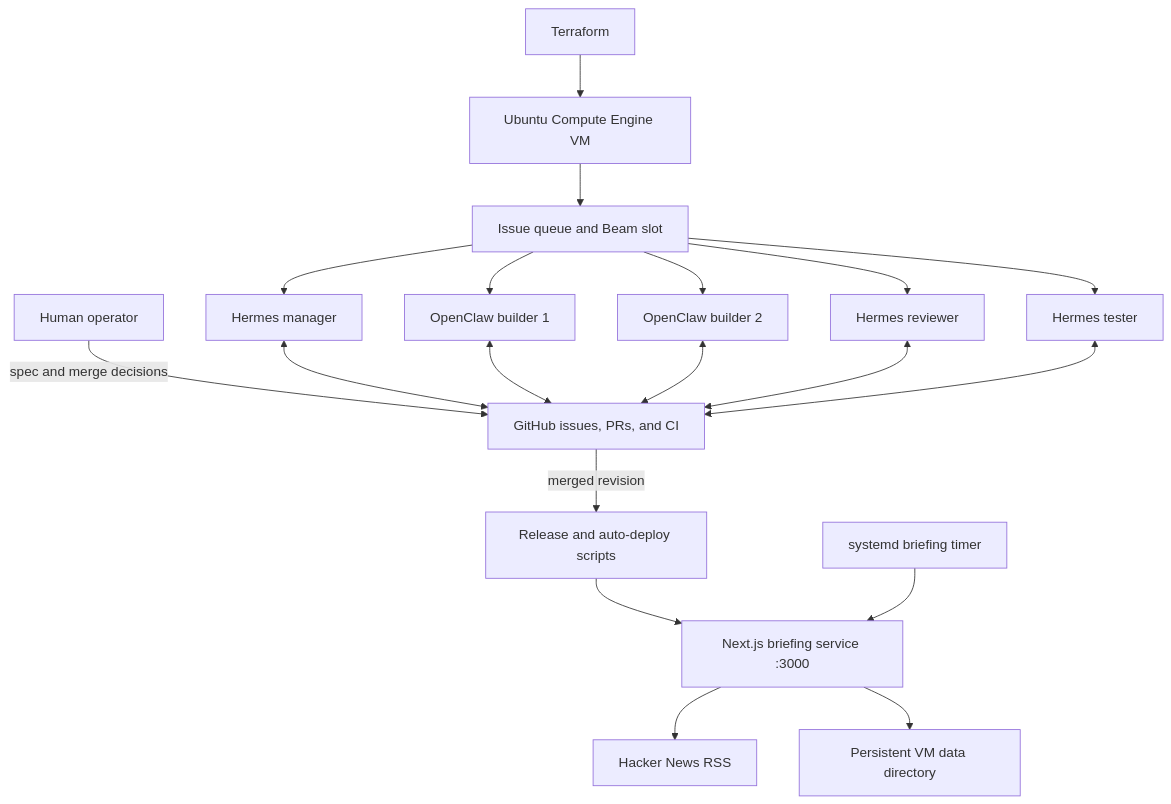
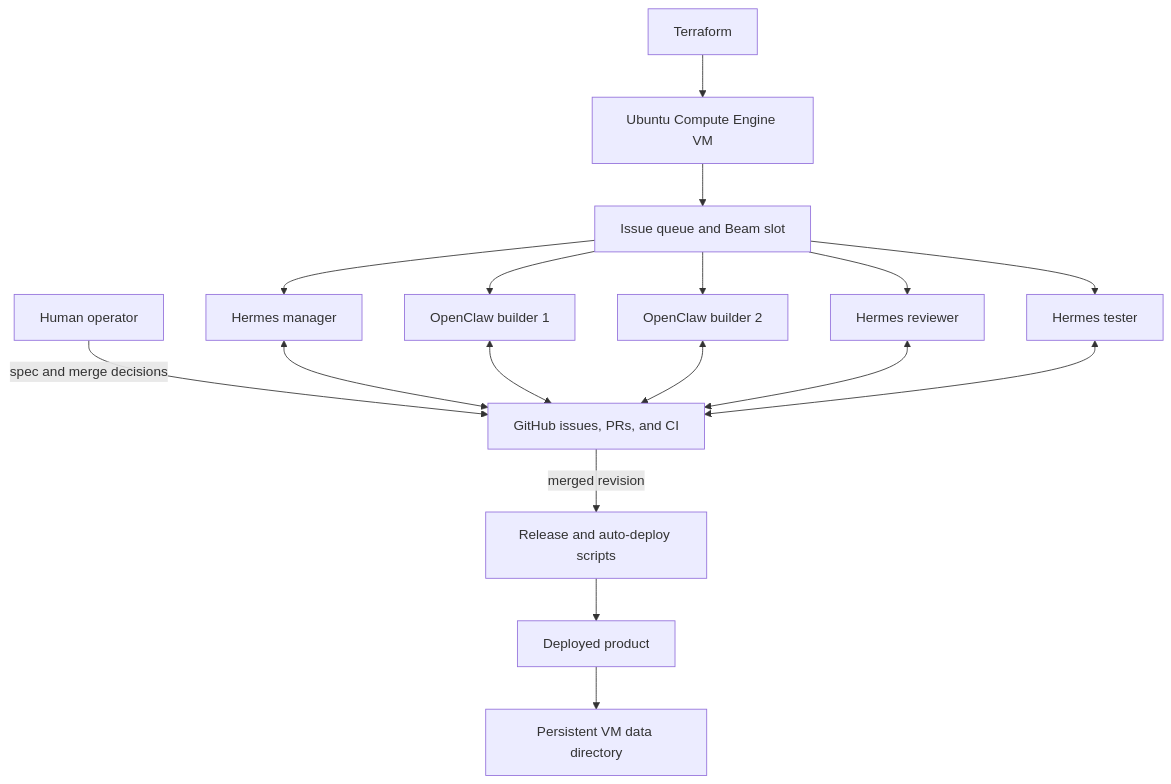
One commit to anishs1207/mini-software-factory changed the diagram in README.md. Above: the diagram before and after it, drawn with Mermaid. The commit also changed other lines of this file and 64 other files, not shown here.

````diff
--- a/README.md
+++ b/README.md
@@ -13,21 +9,19 @@
 ```mermaid
 flowchart TD
     Human[Human operator] -->|spec and merge decisions| GH[GitHub issues, PRs, and CI]
     TF[Terraform] --> VM[Ubuntu Compute Engine VM]
     VM --> Queue[Issue queue and Beam slot]
     Queue --> Manager[Hermes manager]
     Queue --> B1[OpenClaw builder 1]
     Queue --> B2[OpenClaw builder 2]
     Queue --> Reviewer[Hermes reviewer]
     Queue --> Tester[Hermes tester]
     Manager <--> GH
     B1 <--> GH
     B2 <--> GH
     Reviewer <--> GH
     Tester <--> GH
     GH -->|merged revision| Release[Release and auto-deploy scripts]
-    Release --> Web[Next.js briefing service :3000]
-    Timer[systemd briefing timer] --> Web
-    Web --> RSS[Hacker News RSS]
-    Web --> Data[Persistent VM data directory]
+    Release --> Product[Deployed product]
+    Product --> Data[Persistent VM data directory]
 ```
````
